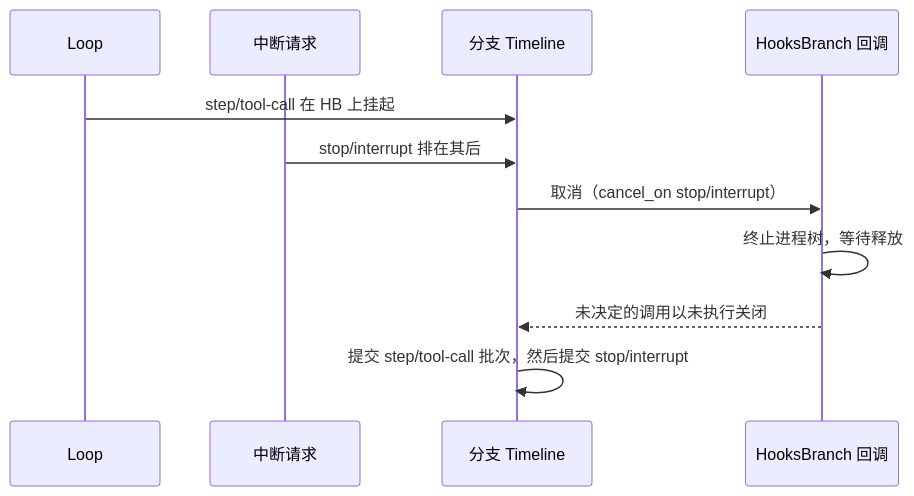
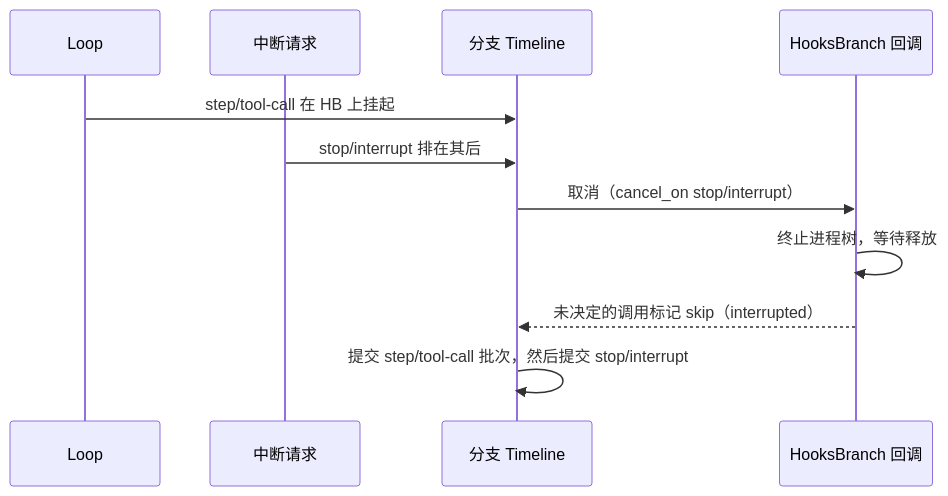
One commit to CoutinhoTTS/dim-agent changed the seventh of 7 diagrams in docs/zh/design/plugins/Hooks.md. Above: the diagram before and after it, drawn with Mermaid. The commit also changed other lines of this file and 42 other files, not shown here.

````diff
--- a/docs/zh/design/plugins/Hooks.md
+++ b/docs/zh/design/plugins/Hooks.md
@@ -168,13 +171,13 @@
 ```mermaid
 sequenceDiagram
   participant LP as Loop
   participant U as 中断请求
   participant TL as 分支 Timeline
   participant HB as HooksBranch 回调
   LP->>TL: step/tool-call 在 HB 上挂起
   U->>TL: stop/interrupt 排在其后
   TL->>HB: 取消（cancel_on stop/interrupt）
   HB->>HB: 终止进程树，等待释放
-  HB-->>TL: 未决定的调用以未执行关闭
+  HB-->>TL: 未决定的调用标记 skip（interrupted）
   TL->>TL: 提交 step/tool-call 批次，然后提交 stop/interrupt
 ```
````
